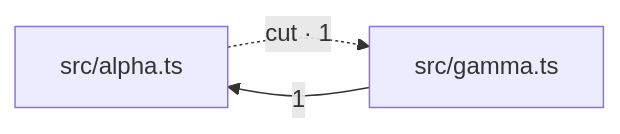
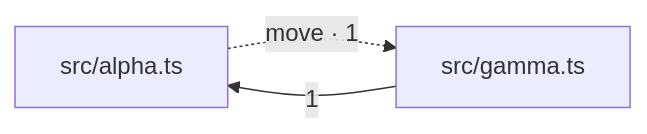
Before and after one commit to alecf/thicket: the diagram in tests/golden/sample-report.md, drawn with Mermaid. The commit also changed other lines of this file and 43 other files, not shown here.

````diff
--- a/tests/golden/sample-report.md
+++ b/tests/golden/sample-report.md
@@ -68,5 +68,5 @@
 ```mermaid
 flowchart LR
-  src/alpha.ts -. "cut · 1" .-> src/gamma.ts
+  src/alpha.ts -. "move · 1" .-> src/gamma.ts
   src/gamma.ts -->|"1"| src/alpha.ts
 ```
````
